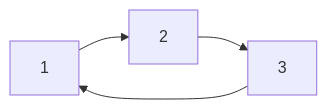
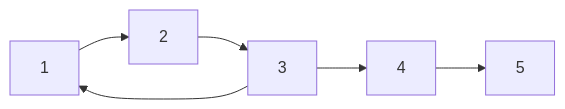
Before and after one commit to sramire3000/documentacion: the diagram in OpenCode/SpecDrivenDevelopment.md, drawn with Mermaid.

Commit message:
Update mermaid diagram with new connections
Added new connections in the mermaid diagram to represent additional relationships.

````diff
--- a/OpenCode/SpecDrivenDevelopment.md
+++ b/OpenCode/SpecDrivenDevelopment.md
@@ -3,7 +3,8 @@
 ```mermaid
 graph LR;
     1--> 2
     2--> 3 
-    3--> 1 
-
+    3--> 1
+    3--> 4
+    4--> 5
 ```
````
